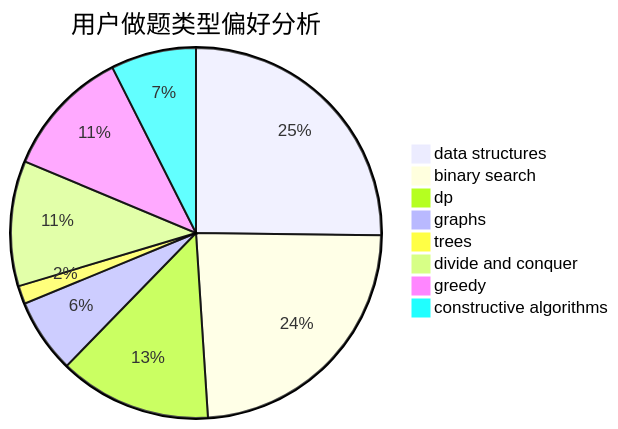
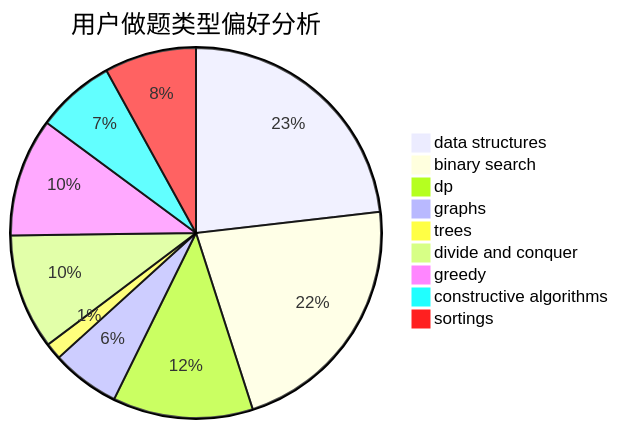
The second of 3 diagrams in docs/user/u1260.md (sherpahu/cfrs.github.io), drawn with Mermaid before and after one commit. The commit also changed other lines of this file and 2769 other files, not shown here.

````diff
--- a/docs/user/u1260.md
+++ b/docs/user/u1260.md
@@ -23,11 +18,12 @@
 ```mermaid
 pie title 用户做题类型偏好分析
     "data structures" :  159
     "binary search" :  150
     "dp" :  84
     "graphs" :  41
     "trees" :  10
     "divide and conquer" :  69
     "greedy" :  71
     "constructive algorithms" :  47
+    "sortings" :  55
 ```
````
